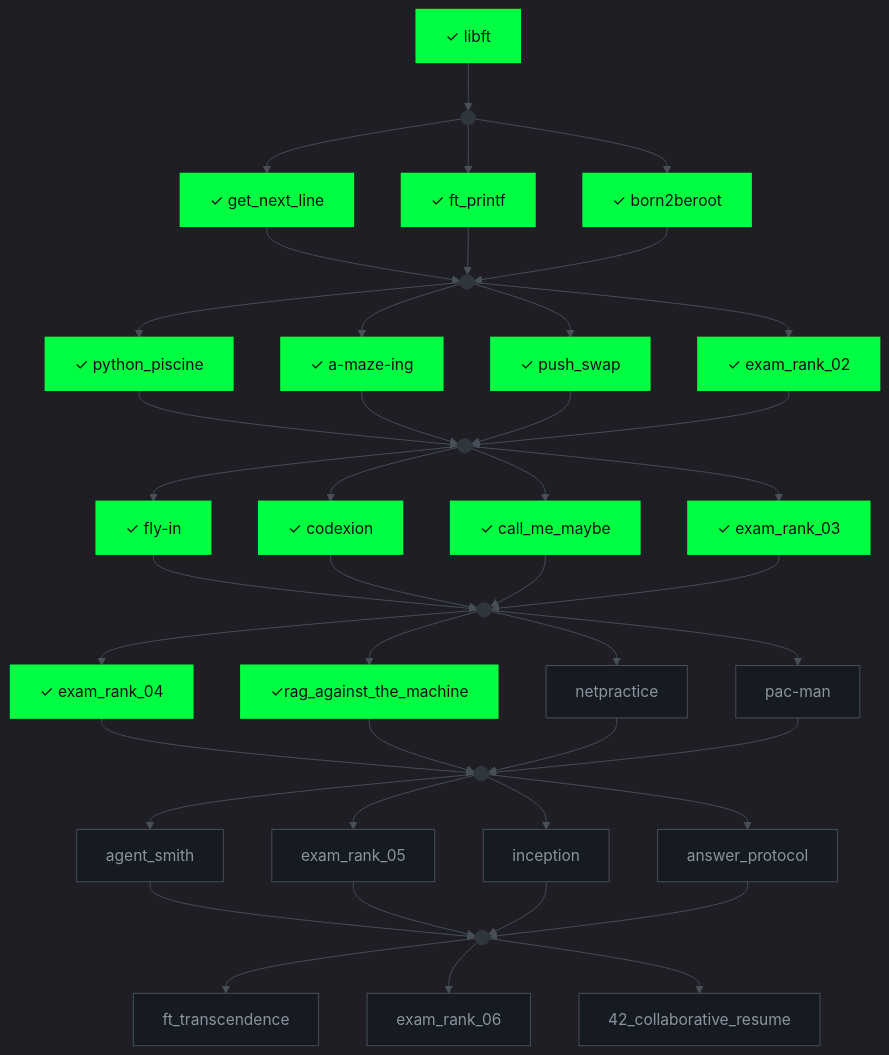
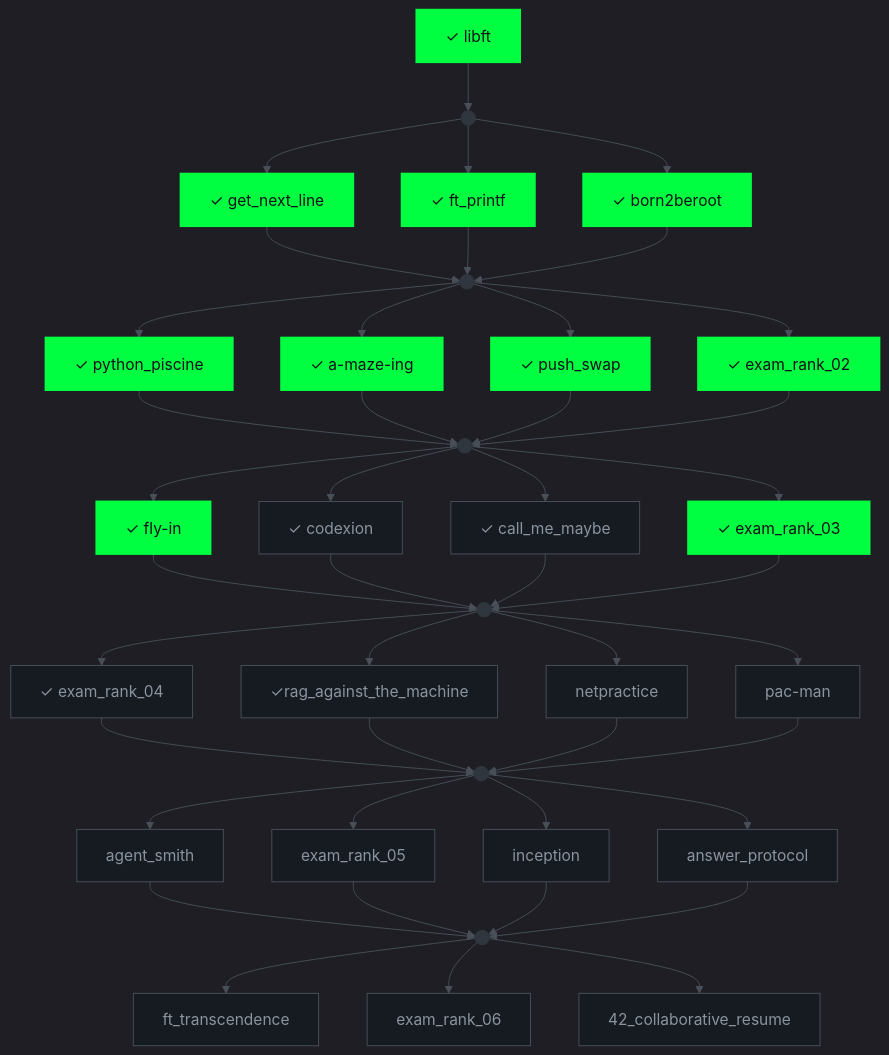
One commit to bettercallmefifi/bettercallmefifi changed the diagram in README.md. Above: the diagram before and after it, drawn with Mermaid.

Commit message:
Change task statuses from done to todo in README

````diff
--- a/README.md
+++ b/README.md
@@ -55,60 +55,60 @@
 ```mermaid
 %%{init: {'theme':'dark','themeVariables':{'primaryColor':'#0D1117','primaryTextColor':'#C9D1D9','primaryBorderColor':'#30363D','lineColor':'#484F58','fontFamily':'monospace','fontSize':'16px'}}}%%
 graph TD
     LIB["✓ libft"]:::done --> G0((" ")):::gate
     G0 --> GNL["✓ get_next_line"]:::done
     G0 --> FP["✓ ft_printf"]:::done
     G0 --> B2B["✓ born2beroot"]:::done
 
     GNL --> G1((" ")):::gate
     FP --> G1
     B2B --> G1
 
     G1 --> PY["✓ python_piscine"]:::done
     G1 --> AM["✓ a-maze-ing"]:::done
     G1 --> PS["✓ push_swap"]:::done
     G1 --> E2["✓ exam_rank_02"]:::done
 
     PY --> G2((" ")):::gate
     AM --> G2
     PS --> G2
     E2 --> G2
 
     G2 --> FI["✓ fly-in"]:::done
-    G2 --> CX["✓ codexion"]:::done
-    G2 --> CMM["✓ call_me_maybe"]:::done
+    G2 --> CX["✓ codexion"]:::todo
+    G2 --> CMM["✓ call_me_maybe"]:::todo
     G2 --> E3["✓ exam_rank_03"]:::done
 
     FI --> G3((" ")):::gate
     CX --> G3
     CMM --> G3
     E3 --> G3
 
-    G3 --> E4["✓ exam_rank_04"]:::done
-    G3 --> RAG["✓rag_against_the_machine"]:::done
+    G3 --> E4["✓ exam_rank_04"]:::todo
+    G3 --> RAG["✓rag_against_the_machine"]:::todo
     G3 --> NP["netpractice"]:::todo
     G3 --> PM["pac-man"]:::todo
 
     E4 --> G4((" ")):::gate
     RAG --> G4
     NP --> G4
     PM --> G4
 
     G4 --> AS["agent_smith"]:::todo
     G4 --> E5["exam_rank_05"]:::todo
     G4 --> INC["inception"]:::todo
     G4 --> AP["answer_protocol"]:::todo
 
     AS --> G5((" ")):::gate
     E5 --> G5
     INC --> G5
     AP --> G5
 
     G5 --> FT["ft_transcendence"]:::todo
     G5 --> E6["exam_rank_06"]:::todo
     G5 --> CR["42_collaborative_resume"]:::todo
 
     classDef done fill:#00FF41,stroke:#00FF41,color:#0D1117,stroke-width:2px
     classDef todo fill:#161B22,stroke:#484F58,color:#8B949E
     classDef gate fill:#30363D,stroke:#30363D,color:#30363D
 ```
````
